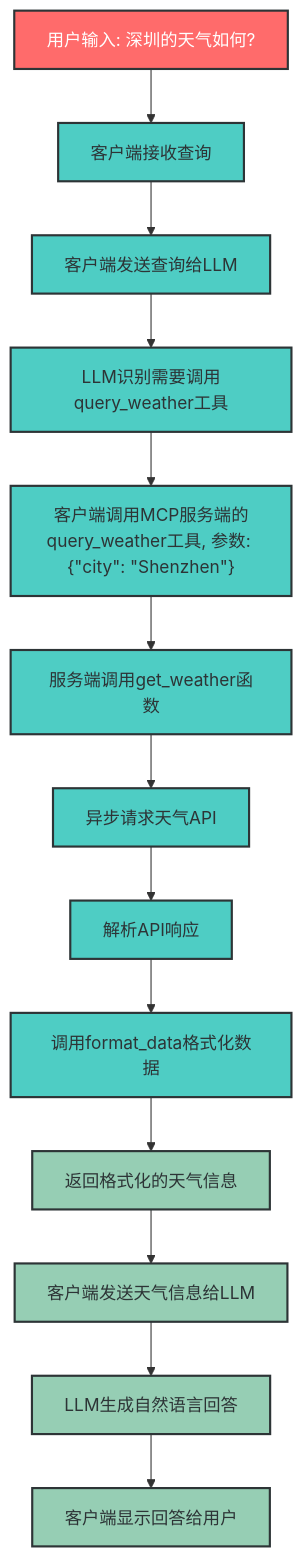
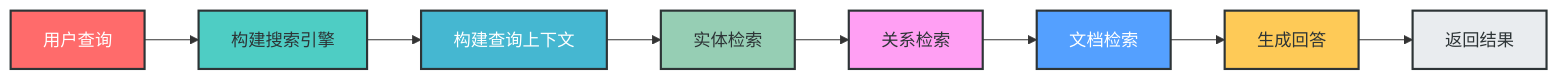
One commit to amuqiao/mcp_rag_llm changed the fifth of 6 diagrams in Readme.md. Above: the diagram before and after it, drawn with Mermaid. The commit also changed other lines of this file and 1 other file, not shown here.

````diff
--- a/Readme.md
+++ b/Readme.md
@@ -263,29 +366,19 @@
 ```mermaid
-flowchart TD
-    A["用户输入: 深圳的天气如何?"] --> B["客户端接收查询"]
-    B --> C["客户端发送查询给LLM"]
-    C --> D["LLM识别需要调用query_weather工具"]
-    D --> E["客户端调用MCP服务端的query_weather工具, 参数: {&quot;city&quot;: &quot;Shenzhen&quot;}"]
-    E --> F["服务端调用get_weather函数"]
-    F --> G["异步请求天气API"]
-    G --> H["解析API响应"]
-    H --> I["调用format_data格式化数据"]
-    I --> J["返回格式化的天气信息"]
-    J --> K["客户端发送天气信息给LLM"]
-    K --> L["LLM生成自然语言回答"]
-    L --> M["客户端显示回答给用户"]
+flowchart LR
+    A[用户查询] --> B[构建搜索引擎]
+    B --> C[构建查询上下文]
+    C --> D[实体检索]
+    D --> E[关系检索]
+    E --> F[文档检索]
+    F --> G[生成回答]
+    G --> H[返回结果]
     
     style A fill:#FF6B6B,stroke:#2D3436,stroke-width:2px,color:white
     style B fill:#4ECDC4,stroke:#2D3436,stroke-width:2px,color:#2D3436
-    style C fill:#4ECDC4,stroke:#2D3436,stroke-width:2px,color:#2D3436
-    style D fill:#4ECDC4,stroke:#2D3436,stroke-width:2px,color:#2D3436
-    style E fill:#4ECDC4,stroke:#2D3436,stroke-width:2px,color:#2D3436
-    style F fill:#4ECDC4,stroke:#2D3436,stroke-width:2px,color:#2D3436
-    style G fill:#4ECDC4,stroke:#2D3436,stroke-width:2px,color:#2D3436
-    style H fill:#4ECDC4,stroke:#2D3436,stroke-width:2px,color:#2D3436
-    style I fill:#4ECDC4,stroke:#2D3436,stroke-width:2px,color:#2D3436
-    style J fill:#96CEB4,stroke:#2D3436,stroke-width:2px,color:#2D3436
-    style K fill:#96CEB4,stroke:#2D3436,stroke-width:2px,color:#2D3436
-    style L fill:#96CEB4,stroke:#2D3436,stroke-width:2px,color:#2D3436
-    style M fill:#96CEB4,stroke:#2D3436,stroke-width:2px,color:#2D3436
+    style C fill:#45B7D1,stroke:#2D3436,stroke-width:2px,color:white
+    style D fill:#96CEB4,stroke:#2D3436,stroke-width:2px,color:#2D3436
+    style E fill:#FF9FF3,stroke:#2D3436,stroke-width:2px,color:#2D3436
+    style F fill:#54A0FF,stroke:#2D3436,stroke-width:2px,color:white
+    style G fill:#FECA57,stroke:#2D3436,stroke-width:2px,color:#2D3436
+    style H fill:#E9ECEF,stroke:#2D3436,stroke-width:2px,color:#2D3436
 ```
````
